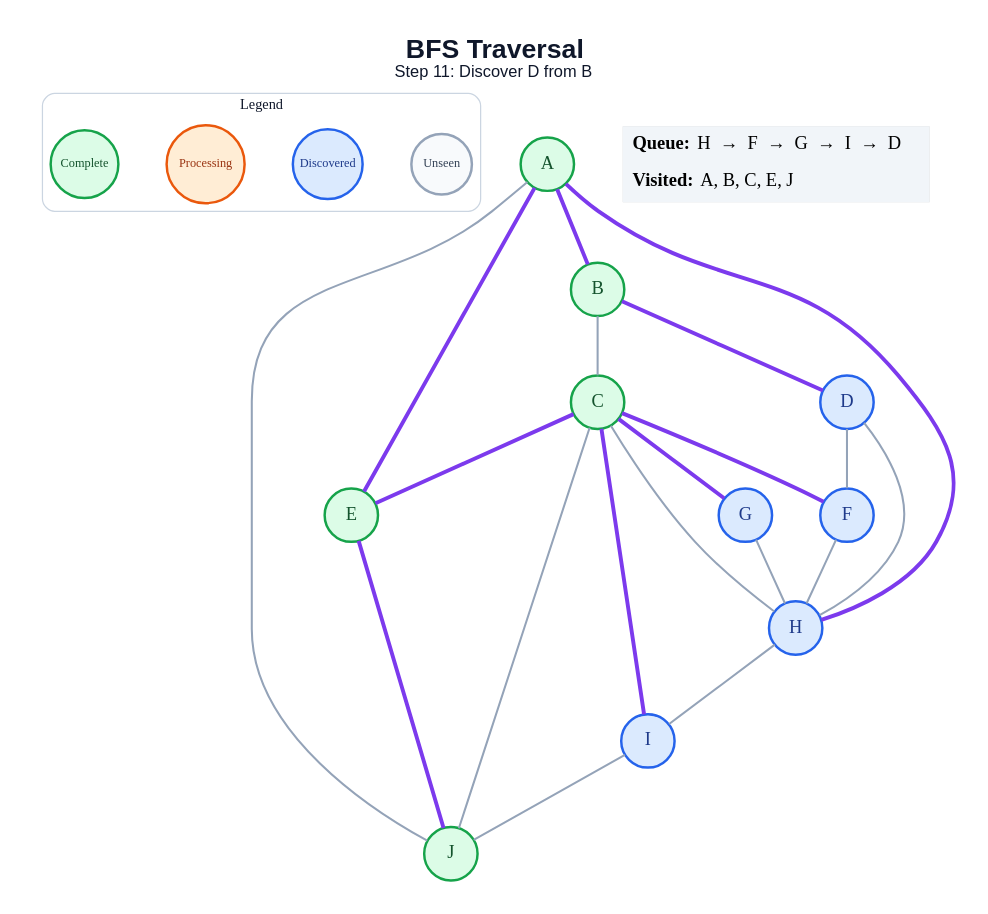
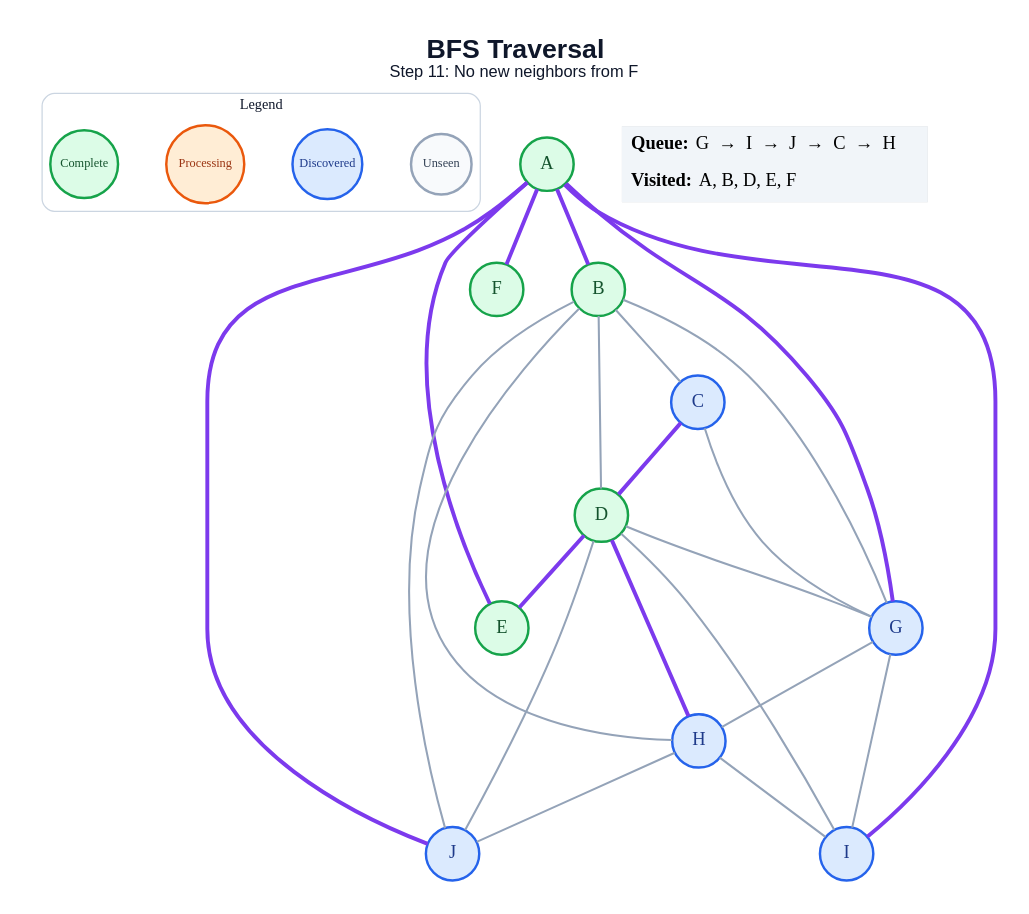
The diagram in generated/specific-node/bfs/step_11.dot (amanghodawala9/ai-slop), drawn with Graphviz before and after one commit. The commit also changed 178 other files, not shown here.

```diff
--- a/generated/specific-node/bfs/step_11.dot
+++ b/generated/specific-node/bfs/step_11.dot
@@ -1,48 +1,51 @@
 graph traversal {
   graph [layout=dot, rankdir=TB, bgcolor="#FFFFFF", pad="0.35", nodesep="0.65", ranksep="0.8", fontname="Arial"];
   node [shape=circle, style="filled", fontname="Arial Bold", fontsize=18, width=0.72, fixedsize=true, penwidth=2.4];
   edge [color="#94A3B8", penwidth=2.0];
-  label=<<B>BFS Traversal</B><BR/><FONT POINT-SIZE="16">Step 11: Discover D from B</FONT>>; labelloc="t"; fontsize=26; fontname="Arial"; fontcolor="#0F172A";
+  label=<<B>BFS Traversal</B><BR/><FONT POINT-SIZE="16">Step 11: No new neighbors from F</FONT>>; labelloc="t"; fontsize=26; fontname="Arial"; fontcolor="#0F172A";
   subgraph cluster_legend { label="Legend"; color="#CBD5E1"; penwidth=1.2; style="rounded"; fontsize=14; fontname="Arial Bold";
     key_unseen [label="Unseen", fillcolor="#F8FAFC", color="#94A3B8", fontcolor="#334155", fontsize=12, width=0.82];
     key_frontier [label="Discovered", fillcolor="#DBEAFE", color="#2563EB", fontcolor="#1E3A8A", fontsize=12, width=0.95];
     key_current [label="Processing", fillcolor="#FFEDD5", color="#EA580C", fontcolor="#9A3412", fontsize=12, width=1.05];
     key_done [label="Complete", fillcolor="#DCFCE7", color="#16A34A", fontcolor="#14532D", fontsize=12, width=0.92];
     { rank=same; key_unseen; key_frontier; key_current; key_done; }
   }
   A [fillcolor="#DCFCE7", color="#16A34A", fontcolor="#14532D"];
   B [fillcolor="#DCFCE7", color="#16A34A", fontcolor="#14532D"];
-  C [fillcolor="#DCFCE7", color="#16A34A", fontcolor="#14532D"];
-  D [fillcolor="#DBEAFE", color="#2563EB", fontcolor="#1E3A8A"];
+  C [fillcolor="#DBEAFE", color="#2563EB", fontcolor="#1E3A8A"];
+  D [fillcolor="#DCFCE7", color="#16A34A", fontcolor="#14532D"];
   E [fillcolor="#DCFCE7", color="#16A34A", fontcolor="#14532D"];
-  F [fillcolor="#DBEAFE", color="#2563EB", fontcolor="#1E3A8A"];
+  F [fillcolor="#DCFCE7", color="#16A34A", fontcolor="#14532D"];
   G [fillcolor="#DBEAFE", color="#2563EB", fontcolor="#1E3A8A"];
   H [fillcolor="#DBEAFE", color="#2563EB", fontcolor="#1E3A8A"];
   I [fillcolor="#DBEAFE", color="#2563EB", fontcolor="#1E3A8A"];
-  J [fillcolor="#DCFCE7", color="#16A34A", fontcolor="#14532D"];
+  J [fillcolor="#DBEAFE", color="#2563EB", fontcolor="#1E3A8A"];
   A -- B [color="#7C3AED", penwidth=3.8];
   A -- E [color="#7C3AED", penwidth=3.8];
-  A -- H [color="#7C3AED", penwidth=3.8];
-  A -- J;
+  A -- F [color="#7C3AED", penwidth=3.8];
+  A -- G [color="#7C3AED", penwidth=3.8];
+  A -- I [color="#7C3AED", penwidth=3.8];
+  A -- J [color="#7C3AED", penwidth=3.8];
   B -- C;
-  B -- D [color="#7C3AED", penwidth=3.8];
-  C -- E [color="#7C3AED", penwidth=3.8];
-  C -- F [color="#7C3AED", penwidth=3.8];
-  C -- G [color="#7C3AED", penwidth=3.8];
-  C -- H;
-  C -- I [color="#7C3AED", penwidth=3.8];
-  C -- J;
-  D -- F;
-  D -- H;
-  E -- J [color="#7C3AED", penwidth=3.8];
-  F -- H;
+  B -- D;
+  B -- G;
+  B -- H;
+  B -- J;
+  C -- D [color="#7C3AED", penwidth=3.8];
+  C -- G;
+  D -- E [color="#7C3AED", penwidth=3.8];
+  D -- G;
+  D -- H [color="#7C3AED", penwidth=3.8];
+  D -- I;
+  D -- J;
   G -- H;
+  G -- I;
   H -- I;
-  I -- J;
+  H -- J;
   status [shape=plain, fixedsize=false, width=0, height=0, margin=0, label=<
     <TABLE BORDER="0" CELLBORDER="0" CELLPADDING="7" BGCOLOR="#F1F5F9">
-      <TR><TD ALIGN="LEFT"><B>Queue:</B> H  →  F  →  G  →  I  →  D</TD></TR>
-      <TR><TD ALIGN="LEFT"><B>Visited:</B> A, B, C, E, J</TD></TR>
+      <TR><TD ALIGN="LEFT"><B>Queue:</B> G  →  I  →  J  →  C  →  H</TD></TR>
+      <TR><TD ALIGN="LEFT"><B>Visited:</B> A, B, D, E, F</TD></TR>
     </TABLE>
   >];
 }
```
